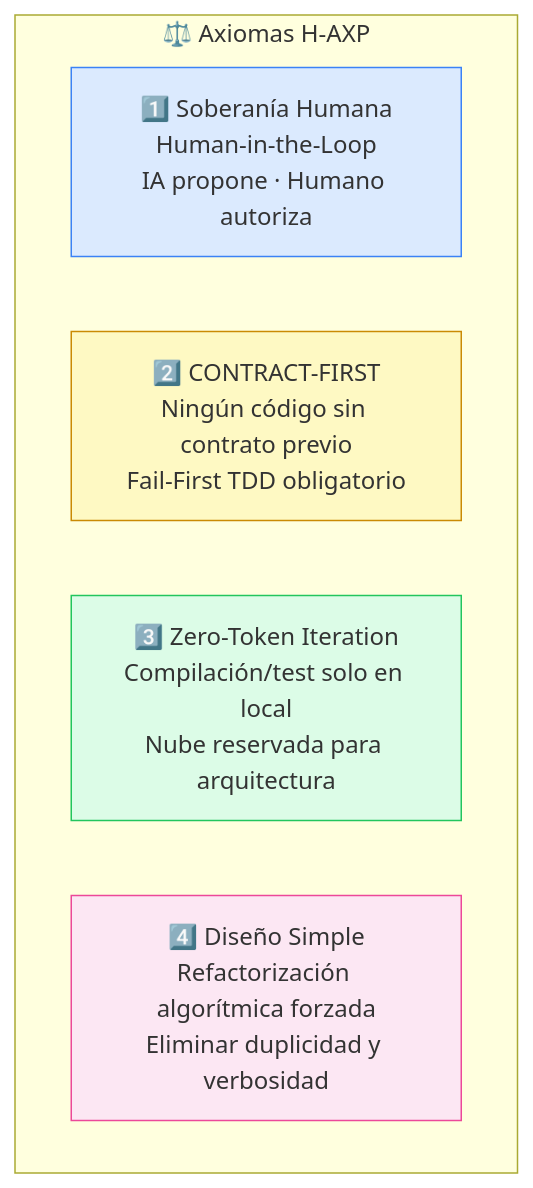
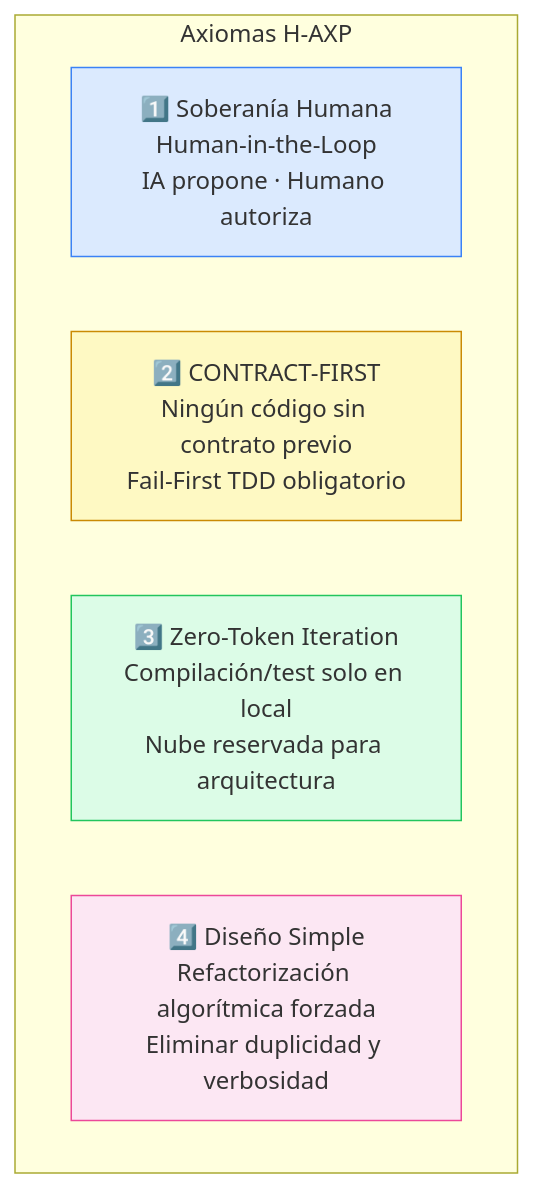
Before and after one commit to brunoguzman-dev/H-AXP: the first of 2 diagrams in docs/04-fundamentos-topologia.md, drawn with Mermaid. The commit also changed other lines of this file and 9 other files, not shown here.

````diff
--- a/docs/04-fundamentos-topologia.md
+++ b/docs/04-fundamentos-topologia.md
@@ -17,14 +17,14 @@
 ```mermaid
 graph TD
-    subgraph AXIOMAS["⚖️ Axiomas H-AXP"]
+    subgraph AXIOMAS["Axiomas H-AXP"]
         A1["1️⃣ Soberanía Humana\nHuman-in-the-Loop\nIA propone · Humano autoriza"]
         A2["2️⃣ CONTRACT-FIRST\nNingún código sin contrato previo\nFail-First TDD obligatorio"]
         A3["3️⃣ Zero-Token Iteration\nCompilación/test solo en local\nNube reservada para arquitectura"]
         A4["4️⃣ Diseño Simple\nRefactorización algorítmica forzada\nEliminar duplicidad y verbosidad"]
     end
 
     style A1 fill:#dbeafe,stroke:#3b82f6
     style A2 fill:#fef9c3,stroke:#ca8a04
     style A3 fill:#dcfce7,stroke:#22c55e
     style A4 fill:#fce7f3,stroke:#ec4899
 ```
````
